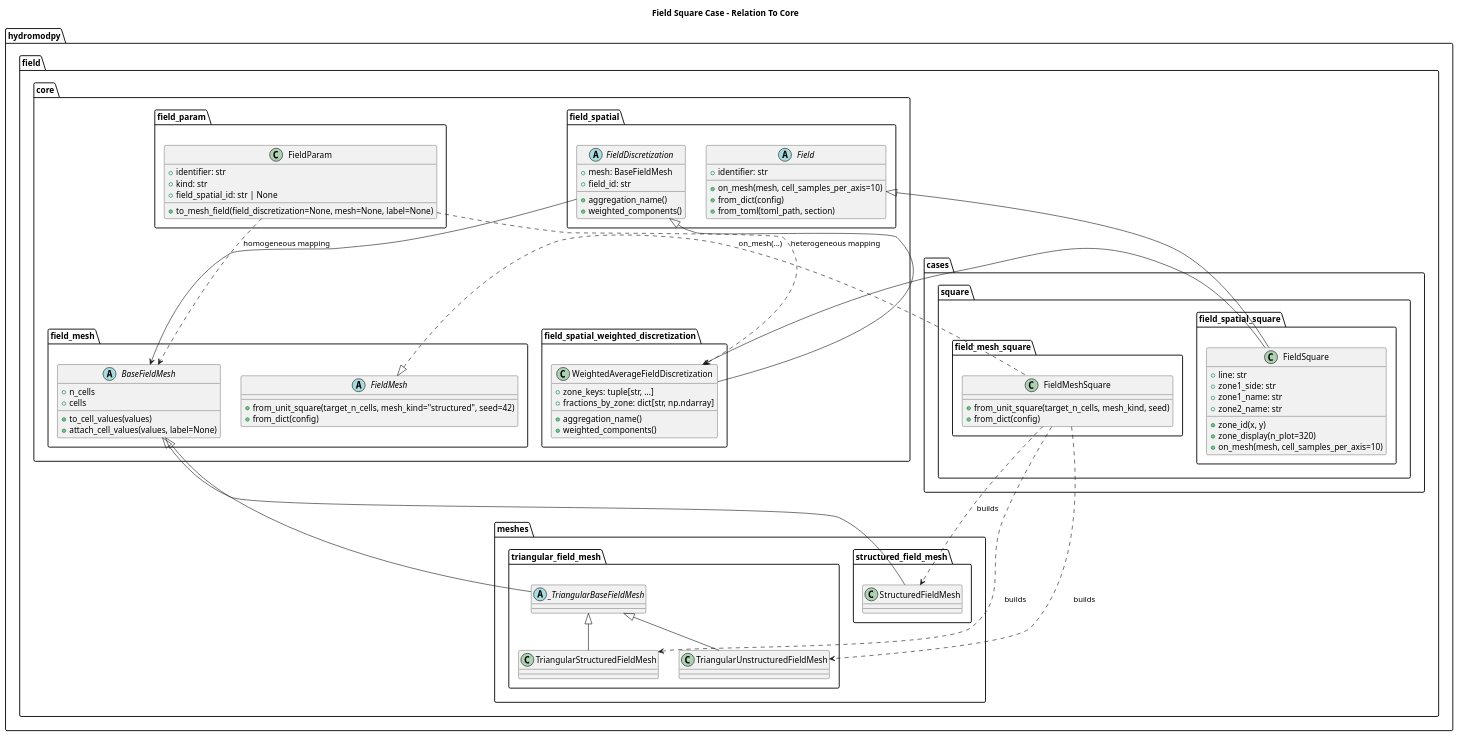
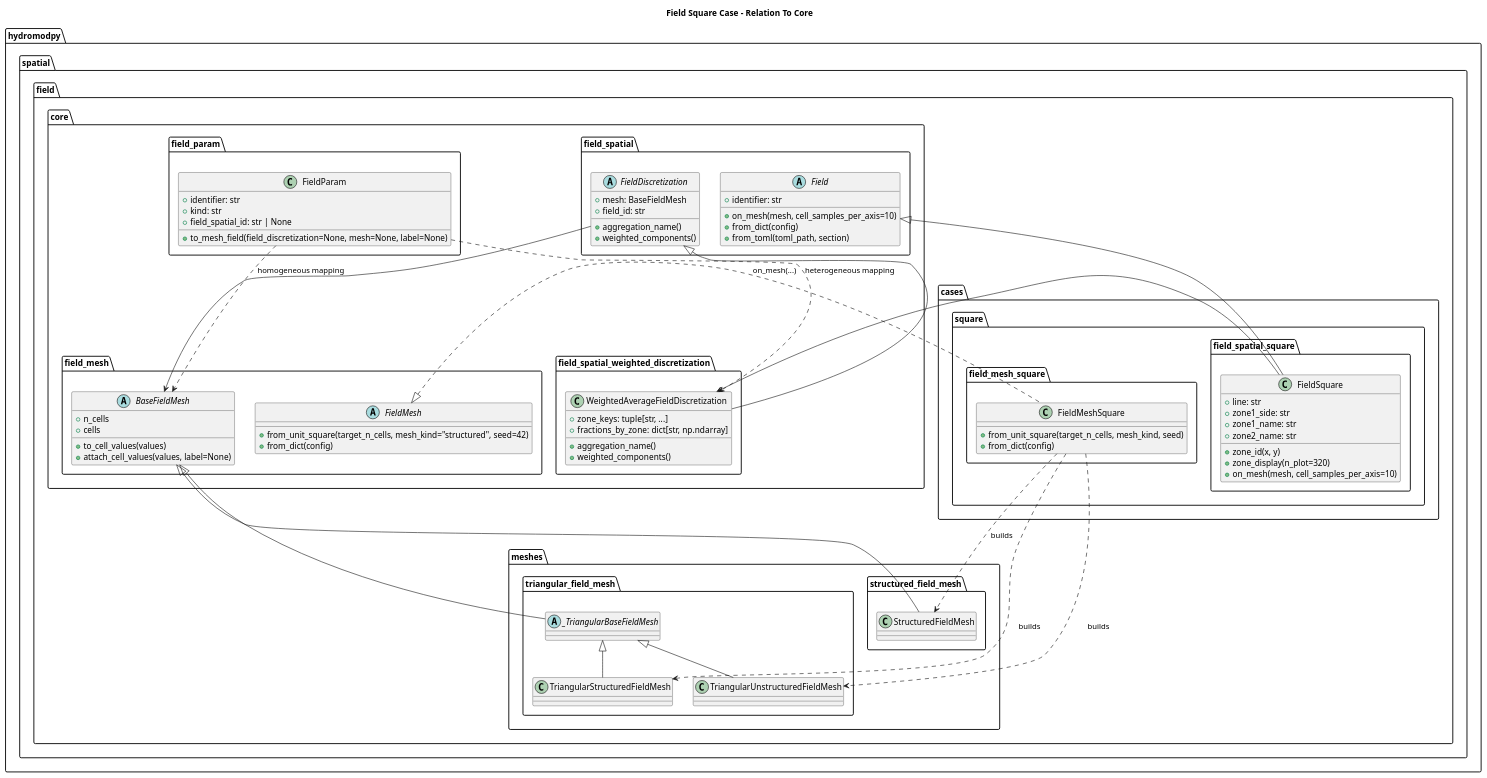
One commit to HydroModPy/HydroModPy changed the diagram in docs/readthedocs/source/architecture/field/diagrams/field_spatial_cases_classes.wsd. Above: the diagram before and after it, drawn with PlantUML. The commit also changed 1238 other files, not shown here.

```diff
--- a/docs/readthedocs/source/architecture/field/diagrams/field_spatial_cases_classes.wsd
+++ b/docs/readthedocs/source/architecture/field/diagrams/field_spatial_cases_classes.wsd
@@ -1,100 +1,100 @@
 @startuml
 title Field Square Case - Relation To Core
 
-package "hydromodpy.field.core.field_mesh" {
+package "hydromodpy.spatial.field.core.field_mesh" {
   abstract class BaseFieldMesh {
     +n_cells
     +cells
     +to_cell_values(values)
     +attach_cell_values(values, label=None)
   }
 
   abstract class FieldMesh {
     +from_unit_square(target_n_cells, mesh_kind="structured", seed=42)
     +from_dict(config)
   }
 }
 
-package "hydromodpy.field.core.field_spatial" {
+package "hydromodpy.spatial.field.core.field_spatial" {
   abstract class Field {
     +identifier: str
     +on_mesh(mesh, cell_samples_per_axis=10)
     +from_dict(config)
     +from_toml(toml_path, section)
   }
 
   abstract class FieldDiscretization {
     +mesh: BaseFieldMesh
     +field_id: str
     +aggregation_name()
     +weighted_components()
   }
 }
 
-package "hydromodpy.field.core.field_spatial_weighted_discretization" {
+package "hydromodpy.spatial.field.core.field_spatial_weighted_discretization" {
   class WeightedAverageFieldDiscretization {
     +zone_keys: tuple[str, ...]
     +fractions_by_zone: dict[str, np.ndarray]
     +aggregation_name()
     +weighted_components()
   }
 }
 
-package "hydromodpy.field.core.field_param" {
+package "hydromodpy.spatial.field.core.field_param" {
   class FieldParam {
     +identifier: str
     +kind: str
     +field_spatial_id: str | None
     +to_mesh_field(field_discretization=None, mesh=None, label=None)
   }
 }
 
-package "hydromodpy.field.cases.square.field_spatial_square" {
+package "hydromodpy.spatial.field.cases.square.field_spatial_square" {
   class FieldSquare {
     +line: str
     +zone1_side: str
     +zone1_name: str
     +zone2_name: str
     +zone_id(x, y)
     +zone_display(n_plot=320)
     +on_mesh(mesh, cell_samples_per_axis=10)
   }
 }
 
-package "hydromodpy.field.cases.square.field_mesh_square" {
+package "hydromodpy.spatial.field.cases.square.field_mesh_square" {
   class FieldMeshSquare {
     +from_unit_square(target_n_cells, mesh_kind, seed)
     +from_dict(config)
   }
 }
 
-package "hydromodpy.field.meshes.structured_field_mesh" {
+package "hydromodpy.spatial.field.meshes.structured_field_mesh" {
   class StructuredFieldMesh
 }
 
-package "hydromodpy.field.meshes.triangular_field_mesh" {
+package "hydromodpy.spatial.field.meshes.triangular_field_mesh" {
   abstract class _TriangularBaseFieldMesh
   class TriangularStructuredFieldMesh
   class TriangularUnstructuredFieldMesh
 }
 
 Field <|-- FieldSquare
 FieldDiscretization <|-- WeightedAverageFieldDiscretization
 FieldDiscretization --> BaseFieldMesh
 
 FieldSquare --> WeightedAverageFieldDiscretization : on_mesh(...)
 
 FieldMesh <|.. FieldMeshSquare
 BaseFieldMesh <|-- StructuredFieldMesh
 BaseFieldMesh <|-- _TriangularBaseFieldMesh
 _TriangularBaseFieldMesh <|-- TriangularStructuredFieldMesh
 _TriangularBaseFieldMesh <|-- TriangularUnstructuredFieldMesh
 
 FieldMeshSquare ..> StructuredFieldMesh : builds
 FieldMeshSquare ..> TriangularStructuredFieldMesh : builds
 FieldMeshSquare ..> TriangularUnstructuredFieldMesh : builds
 
 FieldParam ..> BaseFieldMesh : homogeneous mapping
 FieldParam ..> WeightedAverageFieldDiscretization : heterogeneous mapping
 
 @enduml
```
